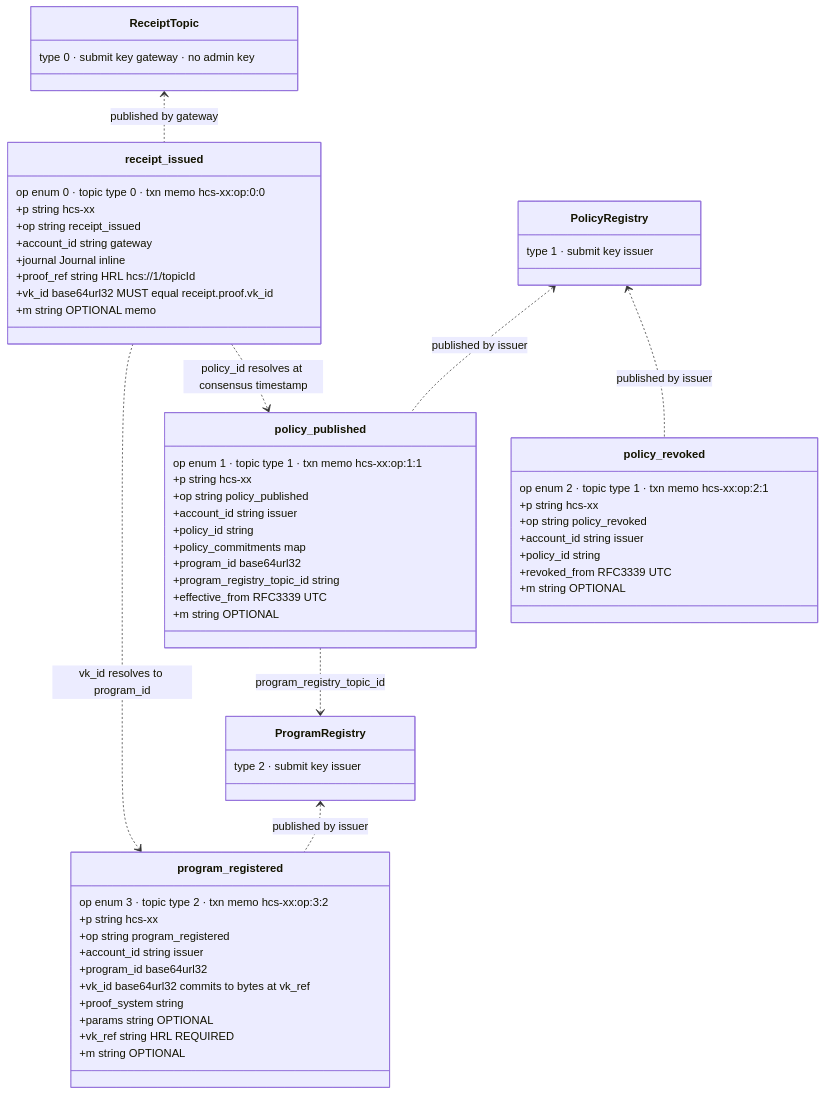
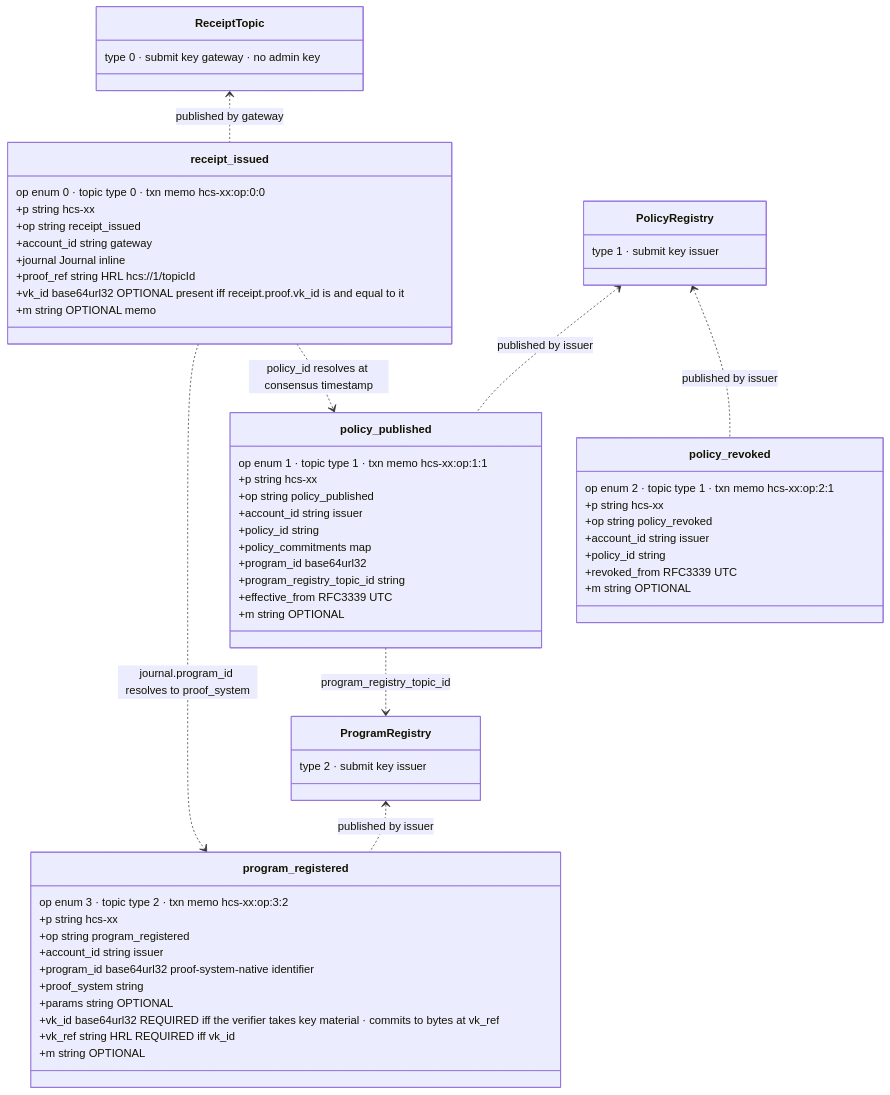
One commit to hashgraph-online/cryptographic-agent-execution-wg changed diagram 21 of 23 in drafts/ZKBC-Architecture-Diagrams.md. Above: the diagram before and after it, drawn with Mermaid. The commit also changed other lines of this file and 3 other files, not shown here.

First line of the commit message:
spec: native program identity, flat set commitments, explicit hash bounds

````diff
--- a/drafts/ZKBC-Architecture-Diagrams.md
+++ b/drafts/ZKBC-Architecture-Diagrams.md
@@ -984,62 +987,62 @@
 ```mermaid
 classDiagram
   class receipt_issued {
     op enum 0 · topic type 0 · txn memo hcs-xx:op:0:0
     +p string hcs-xx
     +op string receipt_issued
     +account_id string gateway
     +journal Journal inline
     +proof_ref string HRL hcs://1/topicId
-    +vk_id base64url32 MUST equal receipt.proof.vk_id
+    +vk_id base64url32 OPTIONAL present iff receipt.proof.vk_id is and equal to it
     +m string OPTIONAL memo
   }
   class policy_published {
     op enum 1 · topic type 1 · txn memo hcs-xx:op:1:1
     +p string hcs-xx
     +op string policy_published
     +account_id string issuer
     +policy_id string
     +policy_commitments map
     +program_id base64url32
     +program_registry_topic_id string
     +effective_from RFC3339 UTC
     +m string OPTIONAL
   }
   class policy_revoked {
     op enum 2 · topic type 1 · txn memo hcs-xx:op:2:1
     +p string hcs-xx
     +op string policy_revoked
     +account_id string issuer
     +policy_id string
     +revoked_from RFC3339 UTC
     +m string OPTIONAL
   }
   class program_registered {
     op enum 3 · topic type 2 · txn memo hcs-xx:op:3:2
     +p string hcs-xx
     +op string program_registered
     +account_id string issuer
-    +program_id base64url32
-    +vk_id base64url32 commits to bytes at vk_ref
+    +program_id base64url32 proof-system-native identifier
     +proof_system string
     +params string OPTIONAL
-    +vk_ref string HRL REQUIRED
+    +vk_id base64url32 REQUIRED iff the verifier takes key material · commits to bytes at vk_ref
+    +vk_ref string HRL REQUIRED iff vk_id
     +m string OPTIONAL
   }
   class ReceiptTopic {
     type 0 · submit key gateway · no admin key
   }
   class PolicyRegistry {
     type 1 · submit key issuer
   }
   class ProgramRegistry {
     type 2 · submit key issuer
   }
   ReceiptTopic <.. receipt_issued : published by gateway
   PolicyRegistry <.. policy_published : published by issuer
   PolicyRegistry <.. policy_revoked : published by issuer
   ProgramRegistry <.. program_registered : published by issuer
-  receipt_issued ..> program_registered : vk_id resolves to program_id
+  receipt_issued ..> program_registered : journal.program_id resolves to proof_system
   receipt_issued ..> policy_published : policy_id resolves at consensus timestamp
   policy_published ..> ProgramRegistry : program_registry_topic_id
 ```
````
